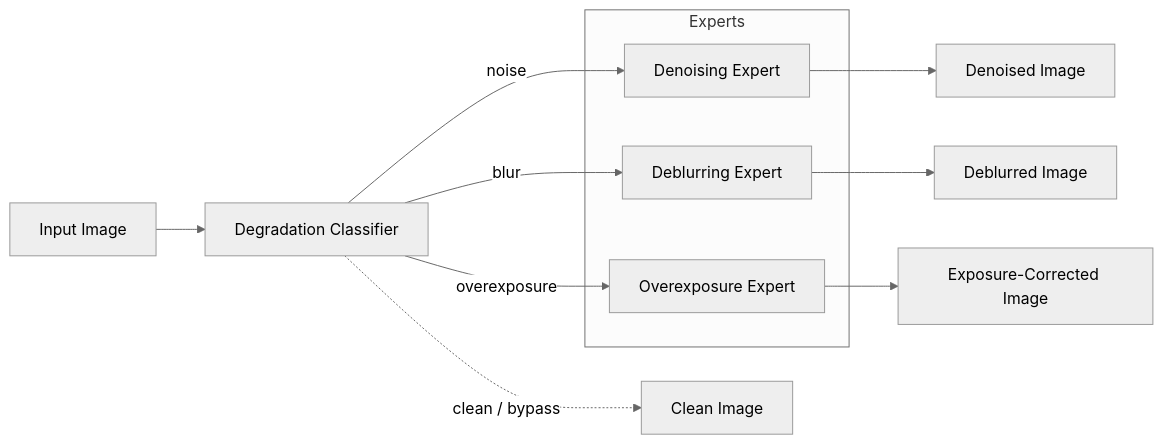
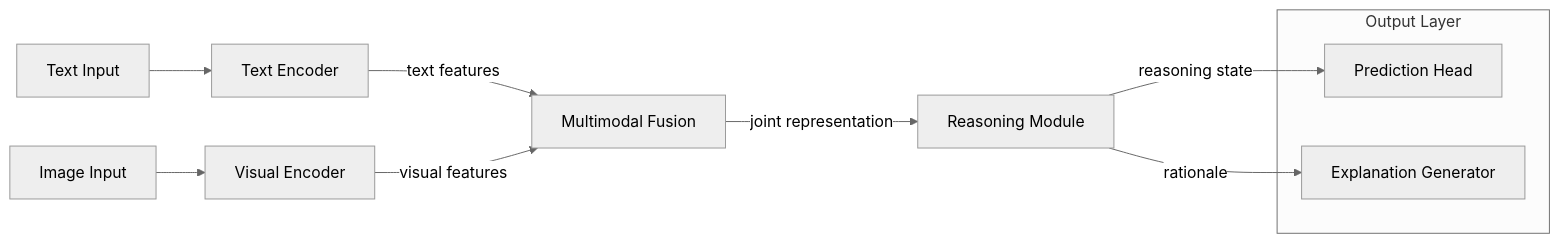
One commit to PeilinJia/AcademicBench changed the diagram in README.md. Above: the diagram before and after it, drawn with Mermaid (neutral theme). The commit also changed other lines of this file, not shown here.

````diff
--- a/README.md
+++ b/README.md
@@ -155,20 +227,18 @@
 ```mermaid
 flowchart LR
-    A["Input Image"] --> B["Degradation Classifier"]
+    T["Text Input"] --> TE["Text Encoder"]
+    I["Image Input"] --> VE["Visual Encoder"]
 
-    B -- "noise" --> C["Denoising Expert"]
-    B -- "blur" --> D["Deblurring Expert"]
-    B -- "overexposure" --> E["Overexposure Expert"]
+    TE -- "text features" --> F["Multimodal Fusion"]
+    VE -- "visual features" --> F
 
-    C --> F["Denoised Image"]
-    D --> G["Deblurred Image"]
-    E --> H["Exposure-Corrected Image"]
+    F -- "joint representation" --> R["Reasoning Module"]
 
-    B -. "clean / bypass" .-> I["Clean Image"]
+    R -- "reasoning state" --> P["Prediction Head"]
+    R -- "rationale" --> E["Explanation Generator"]
 
-    subgraph Expert_Group["Experts"]
-        C
-        D
+    subgraph O["Output Layer"]
+        P
         E
     end
 ```
````
